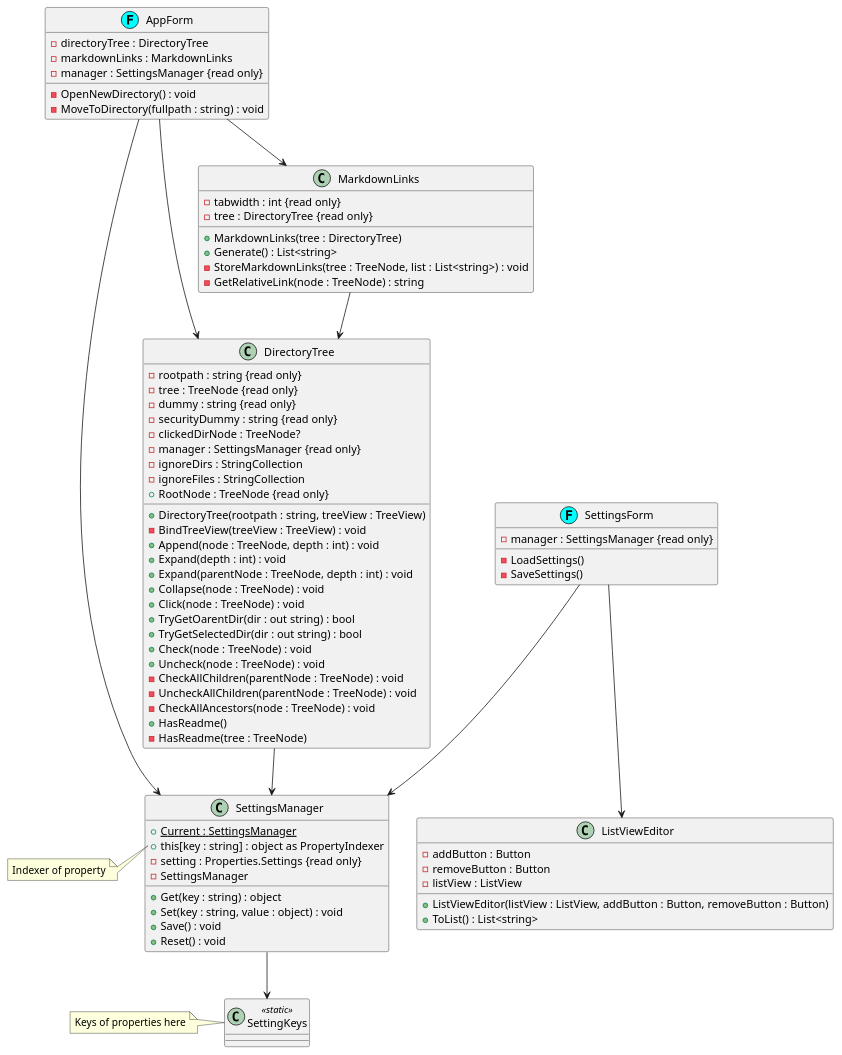
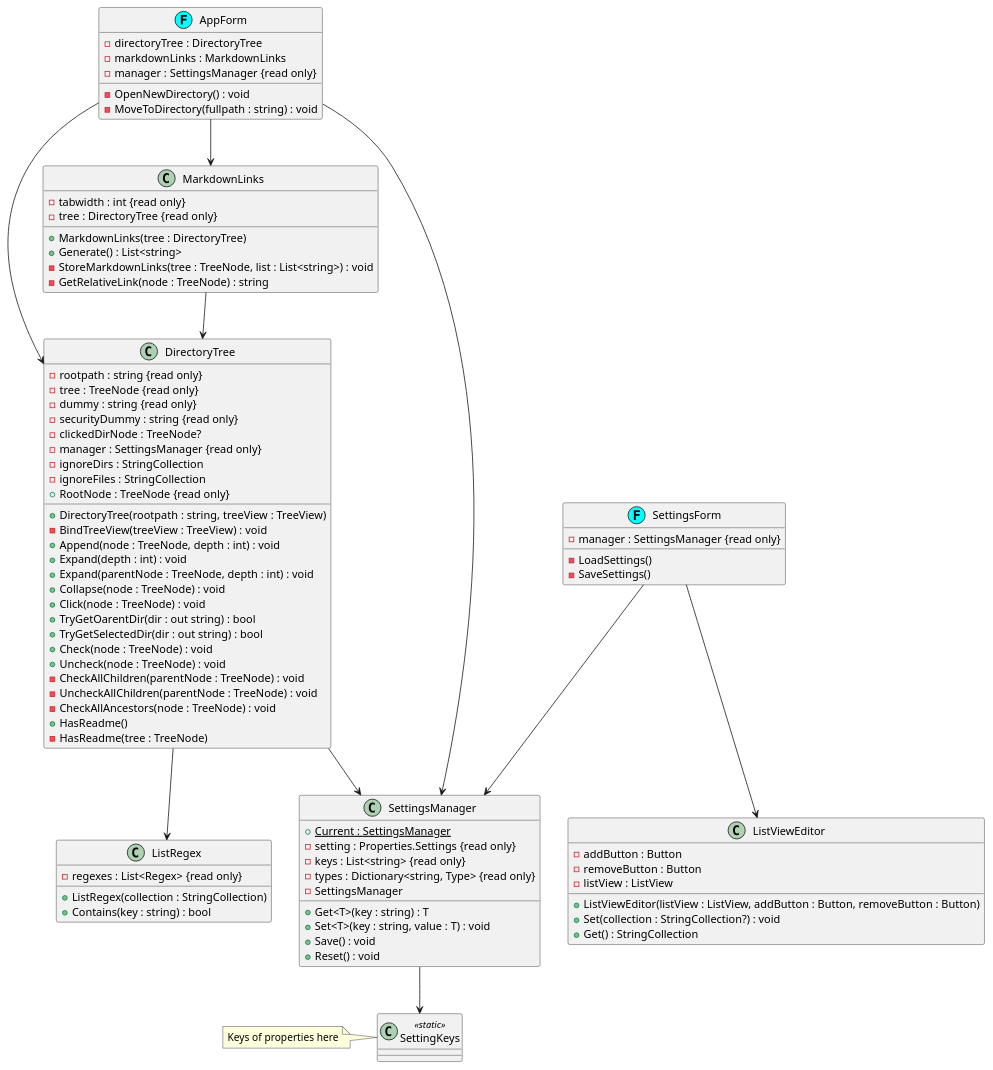
Before and after one commit to tatsuya19871219/DirectoryStructureToMarkdownLinks: the diagram in uml/DirectoryStructureToMarkdownLinks.puml, drawn with PlantUML. The commit also changed 9 other files, not shown here.

```diff
--- a/uml/DirectoryStructureToMarkdownLinks.puml
+++ b/uml/DirectoryStructureToMarkdownLinks.puml
@@ -1,113 +1,127 @@
 @startuml ClassDiagram
 class SettingKeys <<static>>
 {
 }
 note left of SettingKeys
     Keys of properties here
 end note
 
 SettingsManager --> SettingKeys
 class SettingsManager
 {
 '{static} - instance : SettingsManager
 {static} + Current : SettingsManager
-+ this[key : string] : object as PropertyIndexer
+' + this[key : string] : object as PropertyIndexer
 - setting : Properties.Settings {read only}
+- keys : List<string> {read only}
+- types : Dictionary<string, Type> {read only}
 - SettingsManager
-+ Get(key : string) : object
-+ Set(key : string, value : object) : void
++ Get<T>(key : string) : T
++ Set<T>(key : string, value : T) : void
 + Save() : void
 + Reset() : void
 }
-note left of SettingsManager::PropertyIndexer
-    Indexer of property
-end note
+' note left of SettingsManager::PropertyIndexer
+'     Indexer of property
+' end note
 
 ' AppForm -up-|> Form
 ' SettingsForm -up-|> Form
 ' class Form << (F, #00ffff) >>
 ' {
 '     '
 ' }
 
 AppForm --> DirectoryTree
 AppForm --> MarkdownLinks
 AppForm --> SettingsManager
 class AppForm << (F, #00ffff) >>
 {
     - directoryTree : DirectoryTree
     - markdownLinks : MarkdownLinks
     - manager : SettingsManager {read only}
     '
     - OpenNewDirectory() : void
     - MoveToDirectory(fullpath : string) : void
 
 }
 
 SettingsForm --> SettingsManager
 SettingsForm --> ListViewEditor
 class SettingsForm << (F, #00ffff) >>
 {
     - manager : SettingsManager {read only}
     '
     - LoadSettings()
     - SaveSettings()
 }
 
 DirectoryTree --> SettingsManager
+DirectoryTree --> ListRegex
 class DirectoryTree
 {
     - rootpath : string {read only}
     - tree : TreeNode {read only}
     - dummy : string {read only}
     - securityDummy : string {read only}
     - clickedDirNode : TreeNode?
     '
     - manager : SettingsManager {read only}
     '
     - ignoreDirs : StringCollection
     - ignoreFiles : StringCollection
     '
     + RootNode : TreeNode {read only}
     '
     + DirectoryTree(rootpath : string, treeView : TreeView)
     - BindTreeView(treeView : TreeView) : void
     + Append(node : TreeNode, depth : int) : void
     + Expand(depth : int) : void
     + Expand(parentNode : TreeNode, depth : int) : void
     + Collapse(node : TreeNode) : void
     + Click(node : TreeNode) : void
     + TryGetOarentDir(dir : out string) : bool
     + TryGetSelectedDir(dir : out string) : bool
     + Check(node : TreeNode) : void
     + Uncheck(node : TreeNode) : void
     - CheckAllChildren(parentNode : TreeNode) : void
     - UncheckAllChildren(parentNode : TreeNode) : void
     - CheckAllAncestors(node : TreeNode) : void
     + HasReadme()
     - HasReadme(tree : TreeNode)
 }
 
 MarkdownLinks --> DirectoryTree
 class MarkdownLinks
 {
     - tabwidth : int {read only}
     - tree : DirectoryTree {read only}
 
     + MarkdownLinks(tree : DirectoryTree)
     + Generate() : List<string>
     - StoreMarkdownLinks(tree : TreeNode, list : List<string>) : void
     - GetRelativeLink(node : TreeNode) : string
 }
 
+
 class ListViewEditor
 {
     - addButton : Button
     - removeButton : Button
     - listView : ListView
     '
     + ListViewEditor(listView : ListView, addButton : Button, removeButton : Button)
-    + ToList() : List<string>
+    + Set(collection : StringCollection?) : void
+    + Get() : StringCollection
+}
+
+
+class ListRegex
+{
+    - regexes : List<Regex> {read only}
+
+    + ListRegex(collection : StringCollection)
+    + Contains(key : string) : bool
 }
 
 @enduml
```
